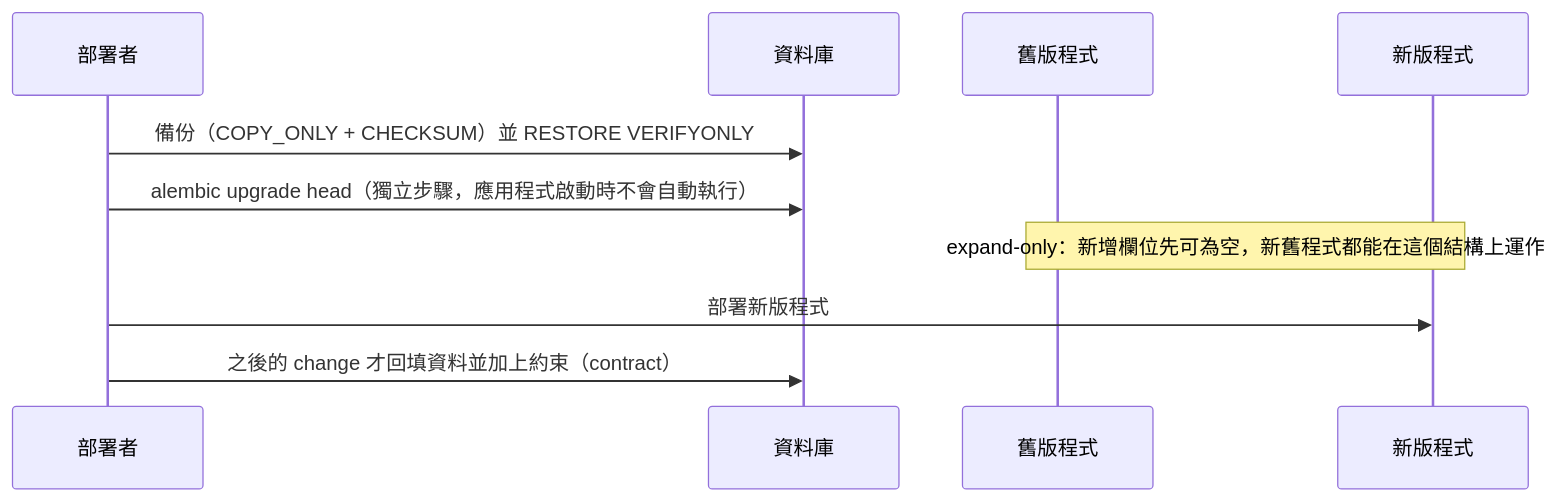
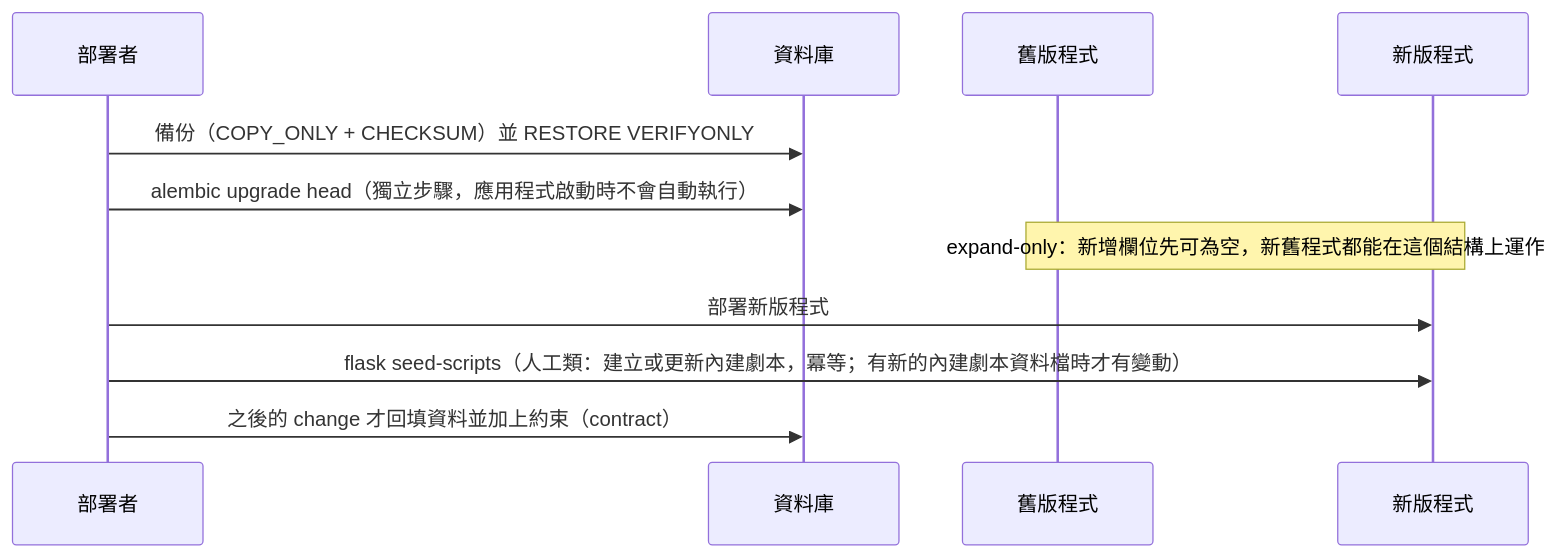
Before and after one commit to pp466pp466/R.A.C: the third of 6 diagrams in docs/營運與部署-operations.md, drawn with Mermaid. The commit also changed other lines of this file and 74 other files, not shown here.

````diff
--- a/docs/營運與部署-operations.md
+++ b/docs/營運與部署-operations.md
@@ -96,13 +97,14 @@
 ```mermaid
 sequenceDiagram
     participant Op as 部署者
     participant Db as 資料庫
     participant Old as 舊版程式
     participant New as 新版程式
 
     Op->>Db: 備份（COPY_ONLY + CHECKSUM）並 RESTORE VERIFYONLY
     Op->>Db: alembic upgrade head（獨立步驟，應用程式啟動時不會自動執行）
     Note over Old,New: expand-only：新增欄位先可為空，新舊程式都能在這個結構上運作
     Op->>New: 部署新版程式
+    Op->>New: flask seed-scripts（人工類：建立或更新內建劇本，冪等；有新的內建劇本資料檔時才有變動）
     Op->>Db: 之後的 change 才回填資料並加上約束（contract）
 ```
````
